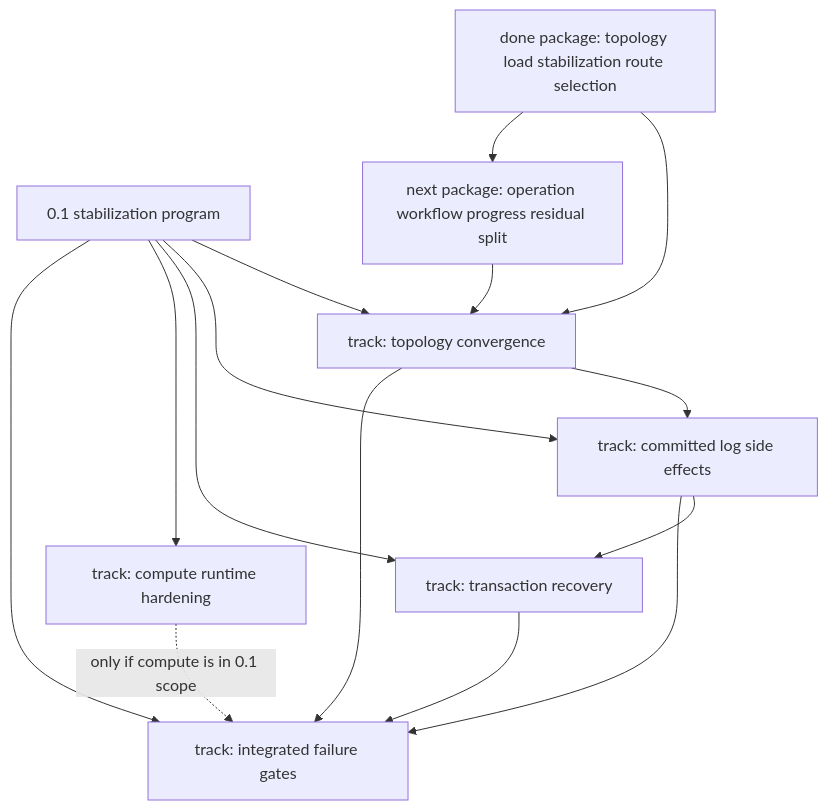
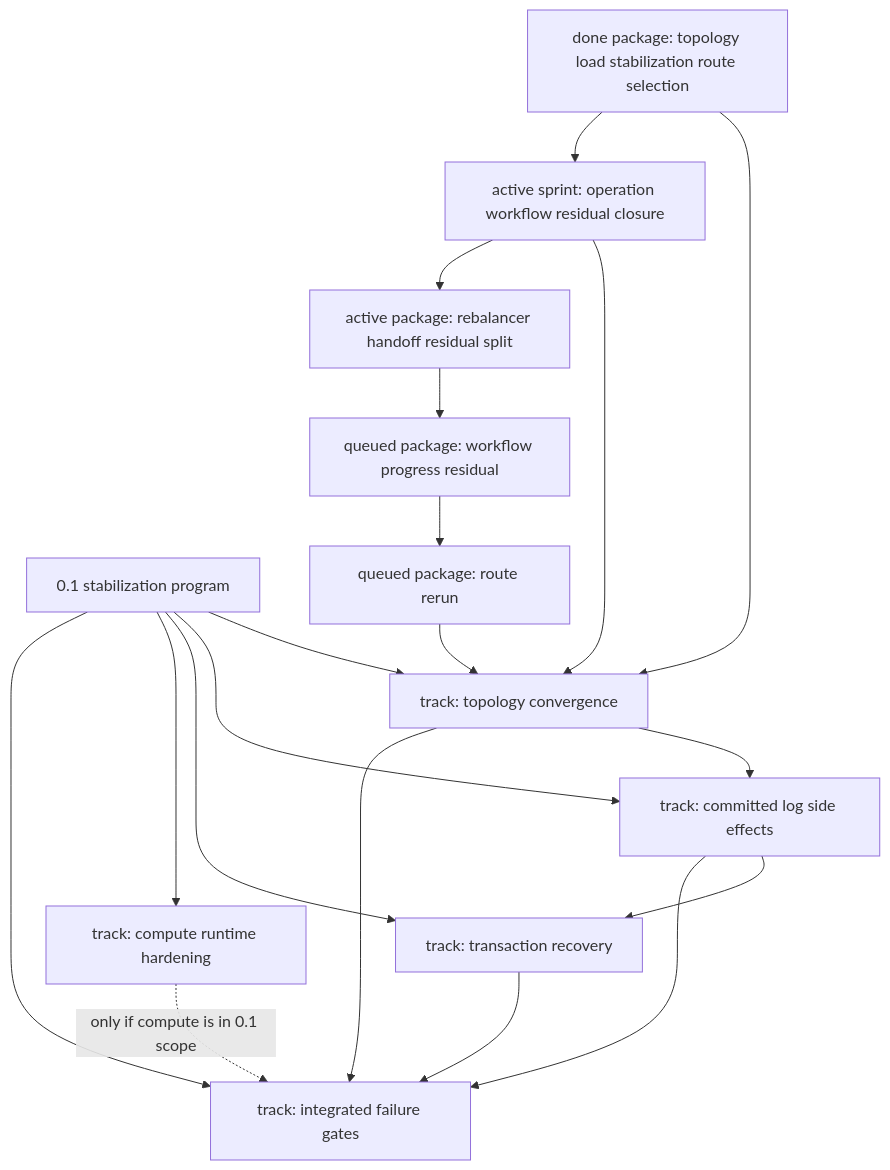
Before and after one commit to psvensson/lagrange: the diagram in work/releases/0.1-dependency-map.md, drawn with Mermaid. The commit also changed other lines of this file and 7 other files, not shown here.

Commit message:
Activate operation workflow residual sprint

````diff
--- a/work/releases/0.1-dependency-map.md
+++ b/work/releases/0.1-dependency-map.md
@@ -43,28 +47,35 @@
 ```mermaid
 flowchart TD
   release["0.1 stabilization program"]
   topo["track: topology convergence"]
   sidefx["track: committed log side effects"]
   tx["track: transaction recovery"]
   compute["track: compute runtime hardening"]
   gates["track: integrated failure gates"]
   route["done package: topology load stabilization route selection"]
-  successor["next package: operation workflow progress residual split"]
+  sprint["active sprint: operation workflow residual closure"]
+  handoff["active package: rebalancer handoff residual split"]
+  workflow["queued package: workflow progress residual"]
+  rerun["queued package: route rerun"]
 
   release --> topo
   release --> sidefx
   release --> tx
   release --> compute
   release --> gates
 
   route --> topo
-  route --> successor
-  successor --> topo
+  route --> sprint
+  sprint --> topo
+  sprint --> handoff
+  handoff --> workflow
+  workflow --> rerun
+  rerun --> topo
 
   topo --> sidefx
   sidefx --> tx
   topo --> gates
   sidefx --> gates
   tx --> gates
   compute -. "only if compute is in 0.1 scope" .-> gates
 ```
````
